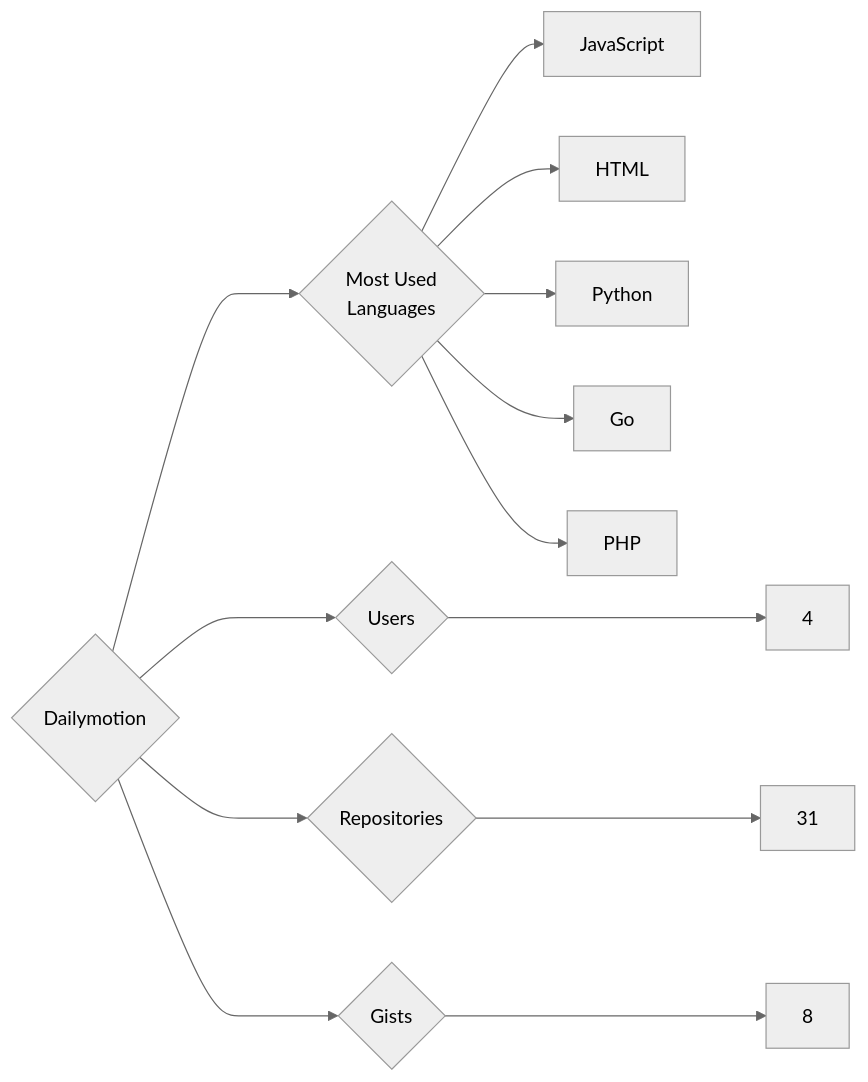
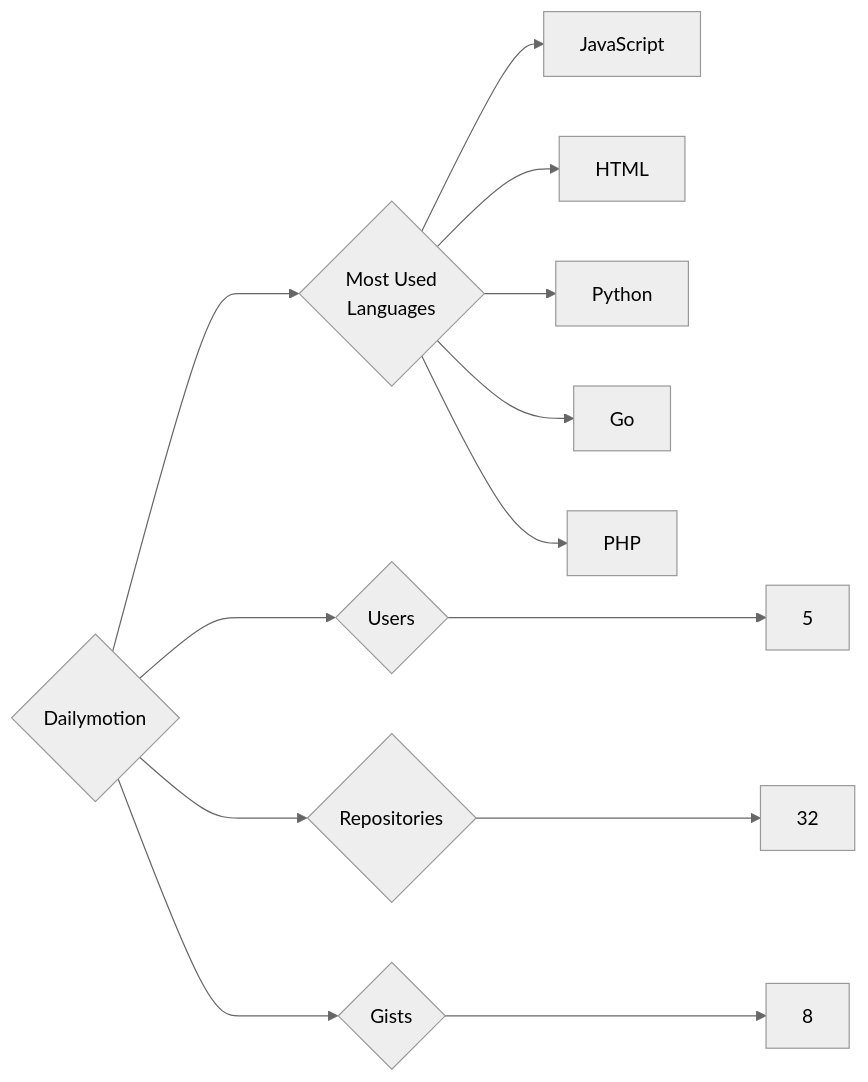
Before and after one commit to trickest/insiders: the diagram in targets/Dailymotion/README.md, drawn with Mermaid (neutral theme). The commit also changed 681 other files, not shown here.

````diff
--- a/targets/Dailymotion/README.md
+++ b/targets/Dailymotion/README.md
@@ -3,13 +3,13 @@
 ```mermaid
 graph LR
 COMPANY_NAME{Dailymotion}
-COMPANY_NAME ---> U{Users} ---> UN[4]
-COMPANY_NAME ---> R{Repositories} ---> RN[31]
+COMPANY_NAME ---> U{Users} ---> UN[5]
+COMPANY_NAME ---> R{Repositories} ---> RN[32]
 COMPANY_NAME ---> G{Gists} ---> GN[8]
 COMPANY_NAME ---> ML{Most Used<br>Languages}
 ML --> JavaScript[JavaScript]
 ML --> HTML[HTML]
 ML --> Python[Python]
 ML --> Go[Go]
 ML --> PHP[PHP]
 ```
````
